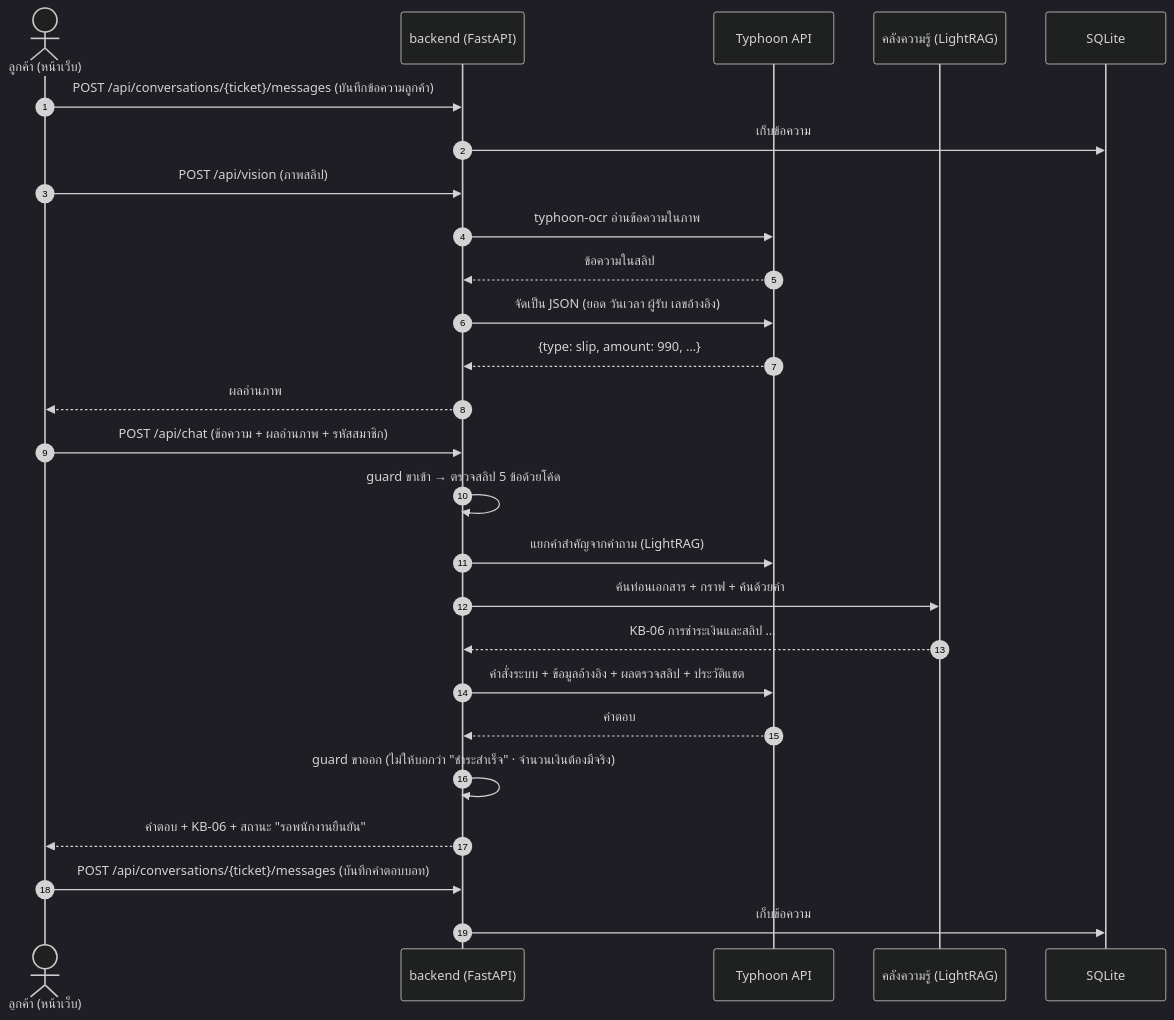
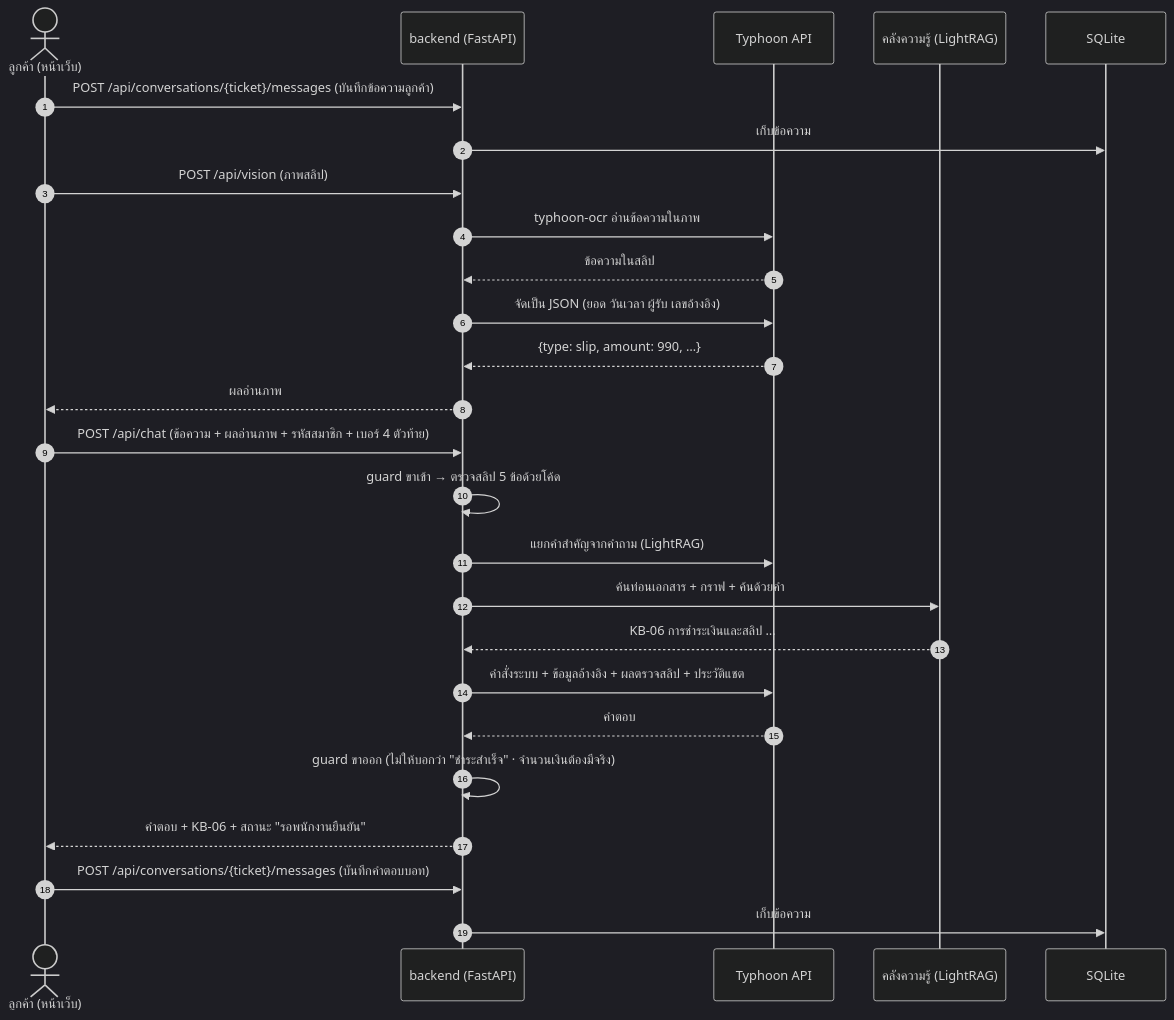
The third of 3 diagrams in docs/06_diagrams.md (sansernonline/chatbot-project), drawn with Mermaid (dark theme) before and after one commit. The commit also changed 10 other files, not shown here.

````diff
--- a/docs/06_diagrams.md
+++ b/docs/06_diagrams.md
@@ -52,29 +52,29 @@
 ```mermaid
 sequenceDiagram
     autonumber
     actor C as ลูกค้า (หน้าเว็บ)
     participant API as backend (FastAPI)
     participant TY as Typhoon API
     participant KB as คลังความรู้ (LightRAG)
     participant DB as SQLite
 
     C->>API: POST /api/conversations/{ticket}/messages (บันทึกข้อความลูกค้า)
     API->>DB: เก็บข้อความ
     C->>API: POST /api/vision (ภาพสลิป)
     API->>TY: typhoon-ocr อ่านข้อความในภาพ
     TY-->>API: ข้อความในสลิป
     API->>TY: จัดเป็น JSON (ยอด วันเวลา ผู้รับ เลขอ้างอิง)
     TY-->>API: {type: slip, amount: 990, …}
     API-->>C: ผลอ่านภาพ
-    C->>API: POST /api/chat (ข้อความ + ผลอ่านภาพ + รหัสสมาชิก)
+    C->>API: POST /api/chat (ข้อความ + ผลอ่านภาพ + รหัสสมาชิก + เบอร์ 4 ตัวท้าย)
     API->>API: guard ขาเข้า → ตรวจสลิป 5 ข้อด้วยโค้ด
     API->>TY: แยกคำสำคัญจากคำถาม (LightRAG)
     API->>KB: ค้นท่อนเอกสาร + กราฟ + ค้นด้วยคำ
     KB-->>API: KB-06 การชำระเงินและสลิป …
     API->>TY: คำสั่งระบบ + ข้อมูลอ้างอิง + ผลตรวจสลิป + ประวัติแชต
     TY-->>API: คำตอบ
     API->>API: guard ขาออก (ไม่ให้บอกว่า "ชำระสำเร็จ" · จำนวนเงินต้องมีจริง)
     API-->>C: คำตอบ + KB-06 + สถานะ "รอพนักงานยืนยัน"
     C->>API: POST /api/conversations/{ticket}/messages (บันทึกคำตอบบอท)
     API->>DB: เก็บข้อความ
 ```
````
